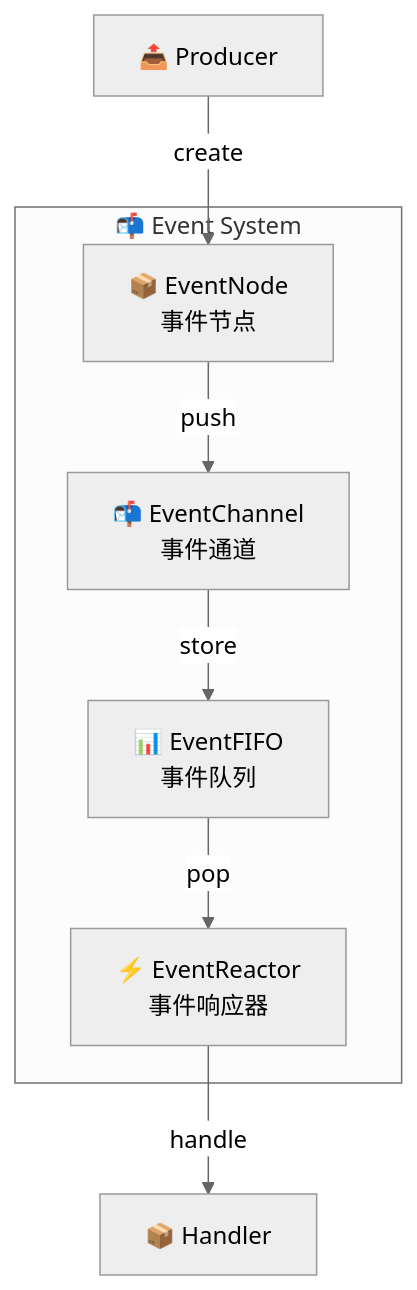
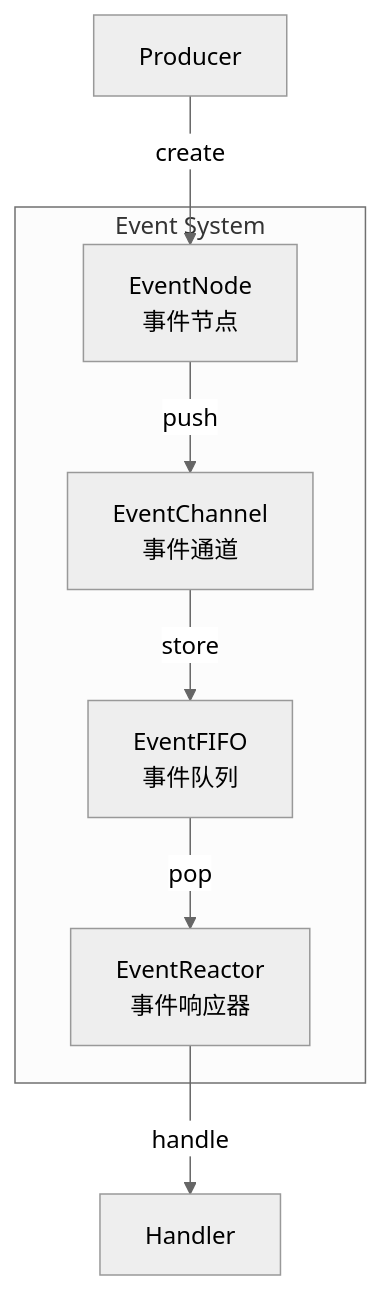
Before and after one commit to YearsAlso/zoo-framework-doc: the first of 6 diagrams in docs/zh/core/event.md, drawn with Mermaid (neutral theme). The commit also changed other lines of this file and 24 other files, not shown here.

First line of the commit message:
docs(site): 站点正式化与内容严肃化，附 bench 报告截图

````diff
--- a/docs/zh/core/event.md
+++ b/docs/zh/core/event.md
@@ -11,15 +11,15 @@
 ```mermaid
 graph TB
-    subgraph "📬 Event System"
-        E[📦 EventNode<br/>事件节点]
-        C[📬 EventChannel<br/>事件通道]
-        F[📊 EventFIFO<br/>事件队列]
-        R[⚡ EventReactor<br/>事件响应器]
+    subgraph " Event System"
+        E[ EventNode<br/>事件节点]
+        C[ EventChannel<br/>事件通道]
+        F[ EventFIFO<br/>事件队列]
+        R[ EventReactor<br/>事件响应器]
     end
     
-    P[📤 Producer] -->|create| E
+    P[ Producer] -->|create| E
     E -->|push| C
     C -->|store| F
     F -->|pop| R
-    R -->|handle| H[📦 Handler]
+    R -->|handle| H[ Handler]
 ```
````
